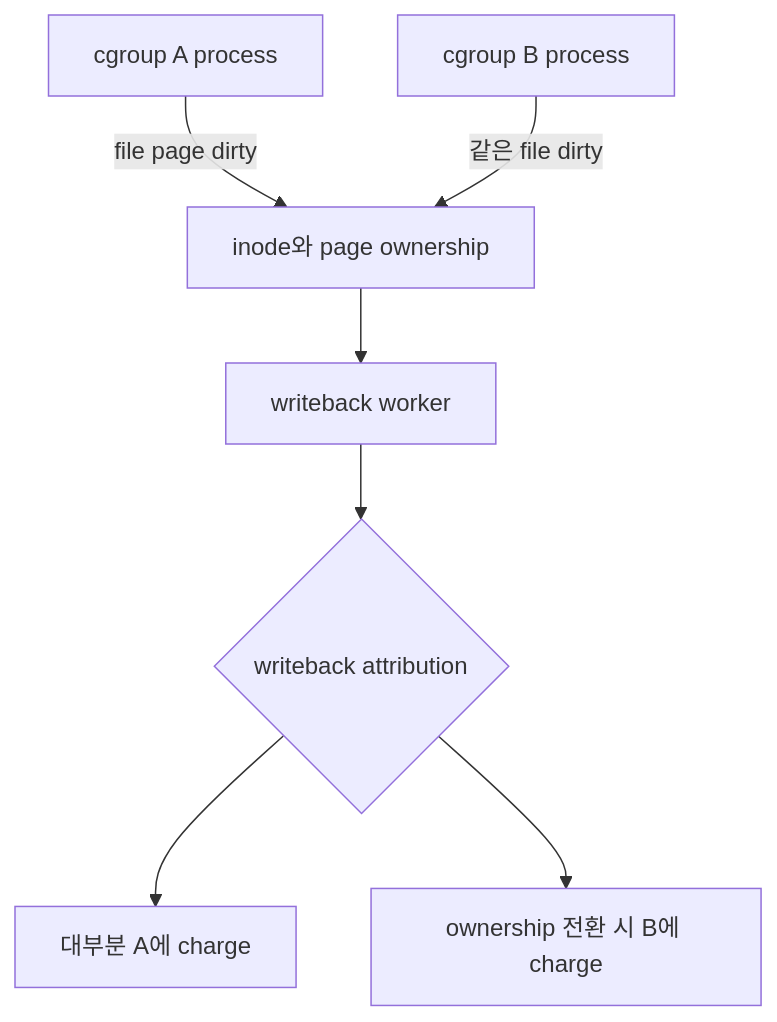
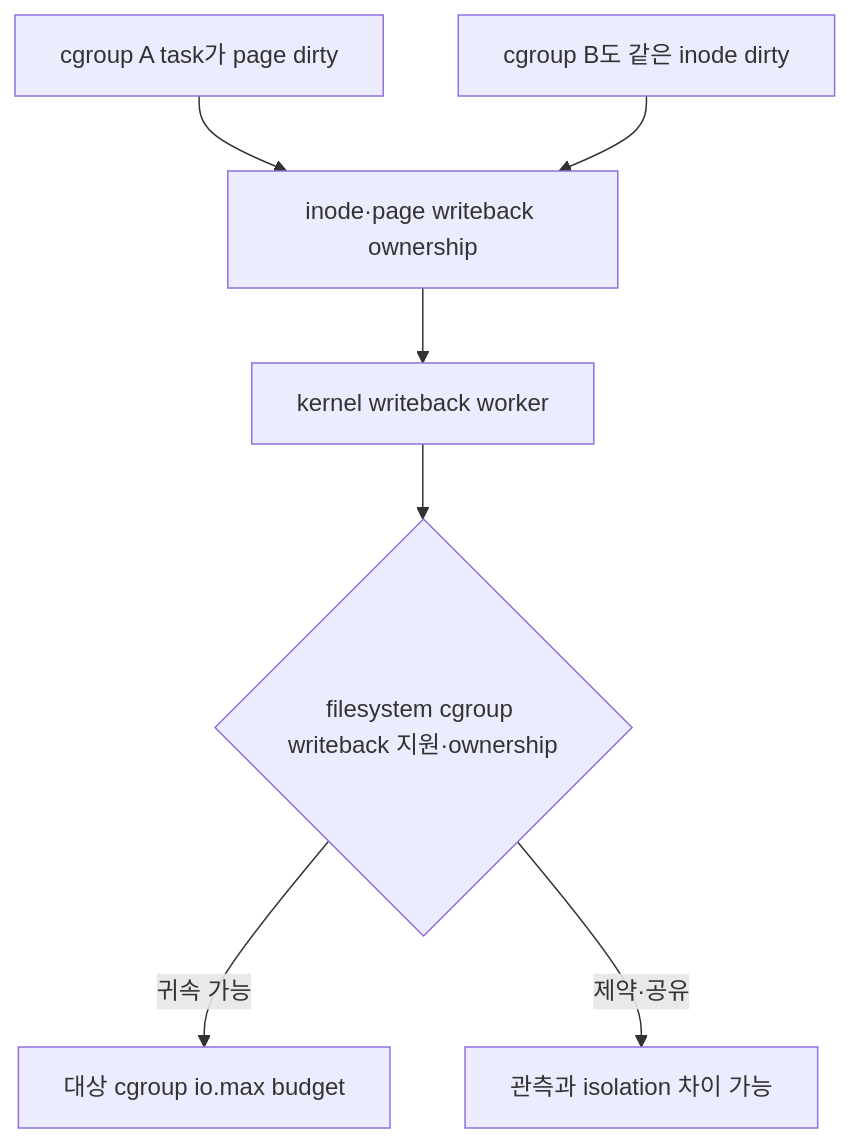
One commit to mj006648/netai-devsecops-runbook changed the second of 2 diagrams in learning/ubuntu-linux-internals/08-io-control-page-cache-and-durability.md. Above: the diagram before and after it, drawn with Mermaid. The commit also changed other lines of this file and 165 other files, not shown here.

````diff
--- a/learning/ubuntu-linux-internals/08-io-control-page-cache-and-durability.md
+++ b/learning/ubuntu-linux-internals/08-io-control-page-cache-and-durability.md
@@ -108,9 +167,9 @@
 ```mermaid
 flowchart TD
-    A["cgroup A process"] -->|"file page dirty"| I["inode와 page ownership"]
-    B["cgroup B process"] -->|"같은 file dirty"| I
-    I --> W["writeback worker"]
-    W --> ATTR{"writeback attribution"}
-    ATTR --> CA["대부분 A에 charge"]
-    ATTR --> CB["ownership 전환 시 B에 charge"]
+    A[cgroup A task가 page dirty] --> I[inode·page writeback ownership]
+    C[cgroup B도 같은 inode dirty] --> I
+    I --> W[kernel writeback worker]
+    W --> Q{filesystem cgroup writeback 지원·ownership}
+    Q -->|귀속 가능| L[대상 cgroup io.max budget]
+    Q -->|제약·공유| O[관측과 isolation 차이 가능]
 ```
````
